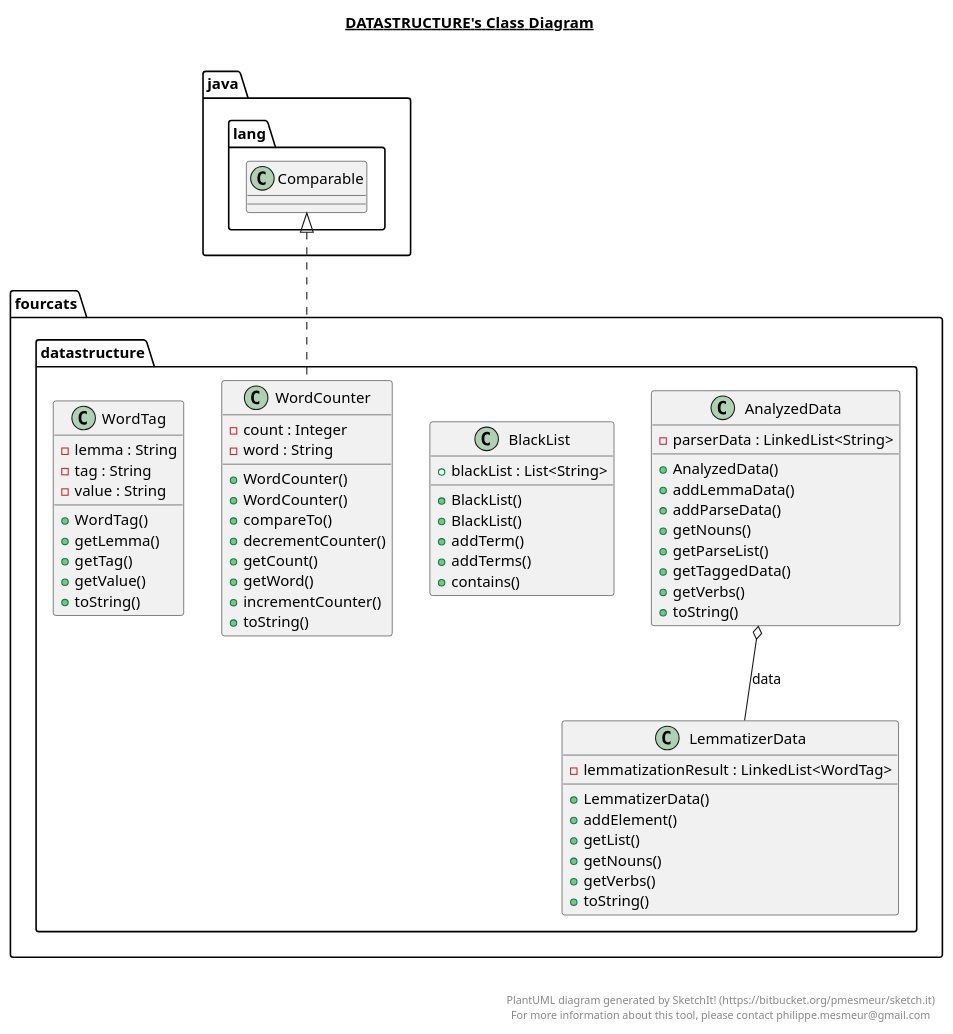
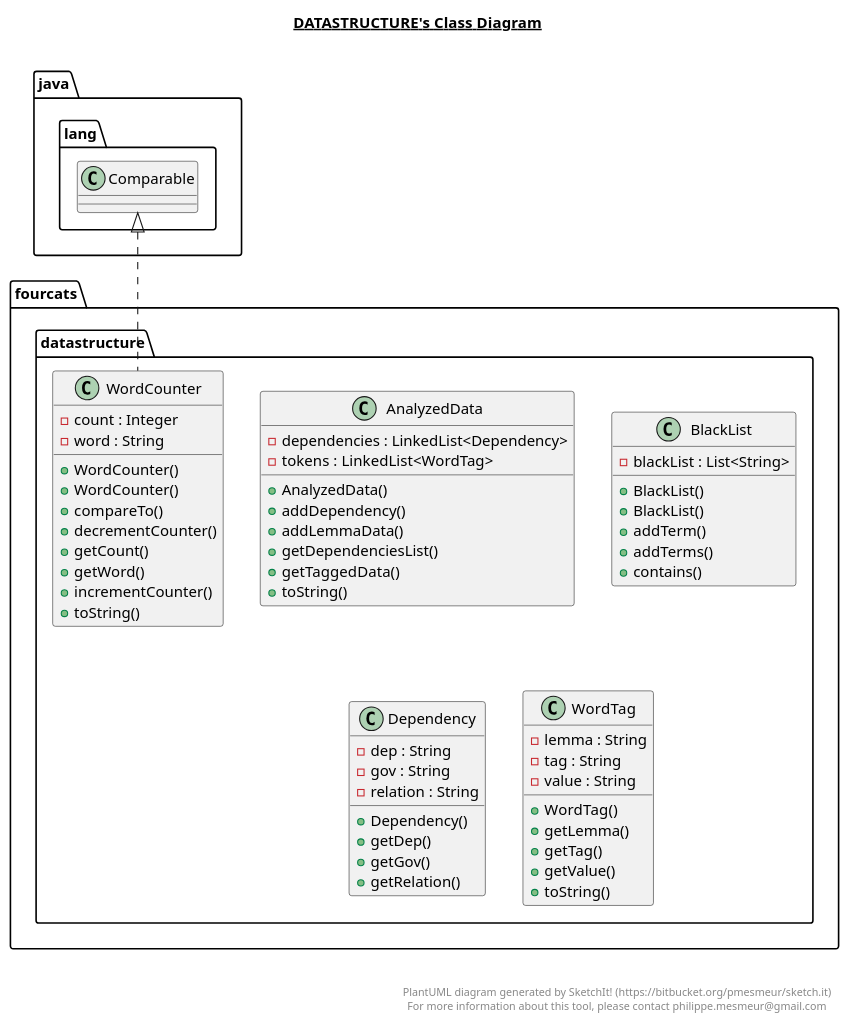
The diagram in NaturalAPI_Design/src/main/java/fourcats/datastructure/DataStructure.plantuml (fourcatsteam/NaturalAPI), drawn with PlantUML before and after one commit. The commit also changed 28 other files, not shown here.

```diff
--- a/NaturalAPI_Design/src/main/java/fourcats/datastructure/DataStructure.plantuml
+++ b/NaturalAPI_Design/src/main/java/fourcats/datastructure/DataStructure.plantuml
@@ -1,96 +1,94 @@
 @startuml
 
 title __DATASTRUCTURE's Class Diagram__\n
 
   namespace fourcats {
     namespace datastructure {
       class fourcats.datastructure.AnalyzedData {
-          - parserData : LinkedList<String>
+          - dependencies : LinkedList<Dependency>
+          - tokens : LinkedList<WordTag>
           + AnalyzedData()
+          + addDependency()
           + addLemmaData()
-          + addParseData()
-          + getNouns()
-          + getParseList()
+          + getDependenciesList()
           + getTaggedData()
-          + getVerbs()
           + toString()
       }
     }
   }
   
 
   namespace fourcats {
     namespace datastructure {
       class fourcats.datastructure.BlackList {
-          + blackList : List<String>
+          - blackList : List<String>
           + BlackList()
           + BlackList()
           + addTerm()
           + addTerms()
           + contains()
       }
     }
   }
   
 
   namespace fourcats {
     namespace datastructure {
-      class fourcats.datastructure.LemmatizerData {
-          - lemmatizationResult : LinkedList<WordTag>
-          + LemmatizerData()
-          + addElement()
-          + getList()
-          + getNouns()
-          + getVerbs()
-          + toString()
+      class fourcats.datastructure.Dependency {
+          - dep : String
+          - gov : String
+          - relation : String
+          + Dependency()
+          + getDep()
+          + getGov()
+          + getRelation()
       }
     }
   }
   
 
   namespace fourcats {
     namespace datastructure {
       class fourcats.datastructure.WordCounter {
           - count : Integer
           - word : String
           + WordCounter()
           + WordCounter()
           + compareTo()
           + decrementCounter()
           + getCount()
           + getWord()
           + incrementCounter()
           + toString()
       }
     }
   }
   
 
   namespace fourcats {
     namespace datastructure {
       class fourcats.datastructure.WordTag {
           - lemma : String
           - tag : String
           - value : String
           + WordTag()
           + getLemma()
           + getTag()
           + getValue()
           + toString()
       }
     }
   }
   
 
-  fourcats.datastructure.AnalyzedData o-- fourcats.datastructure.LemmatizerData : data
   fourcats.datastructure.WordCounter .up.|> java.lang.Comparable
 
 
 right footer
 
 
 PlantUML diagram generated by SketchIt! (https://bitbucket.org/pmesmeur/sketch.it)
 For more information about this tool, please contact philippe.mesmeur@gmail.com
 endfooter
 
 @enduml
```
